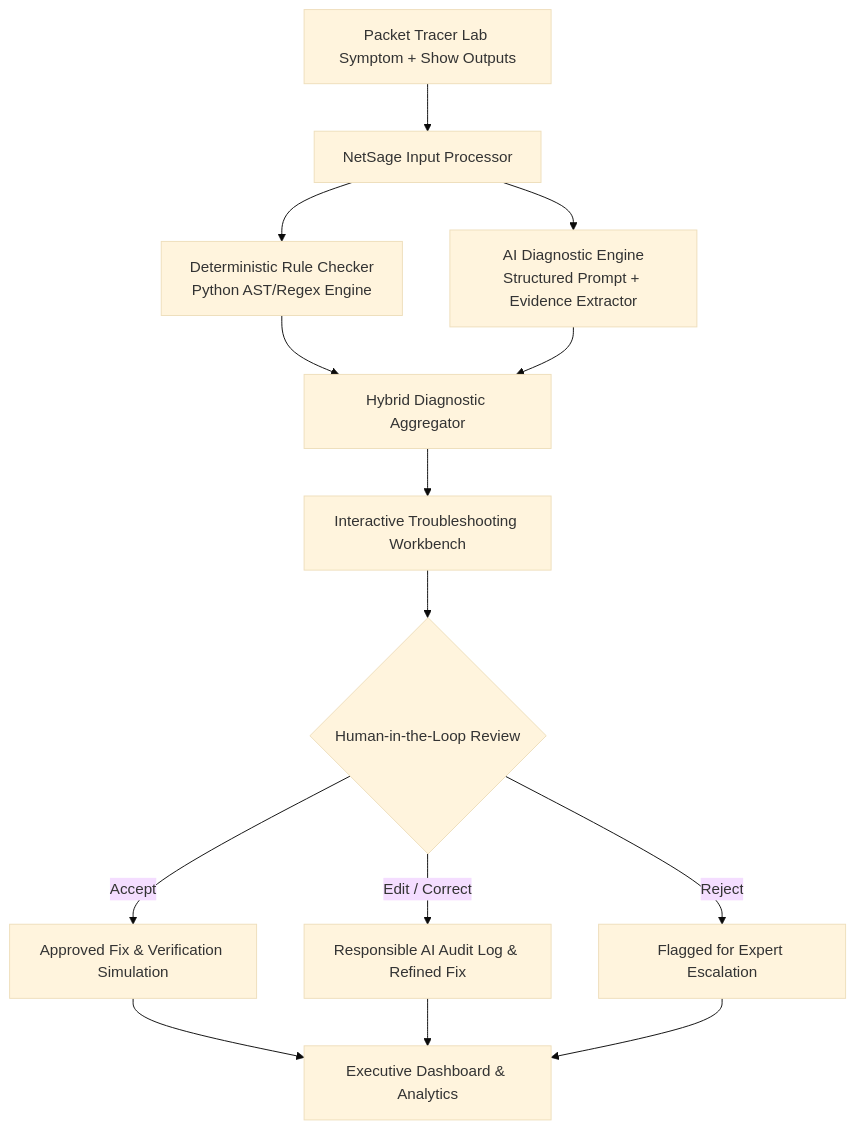
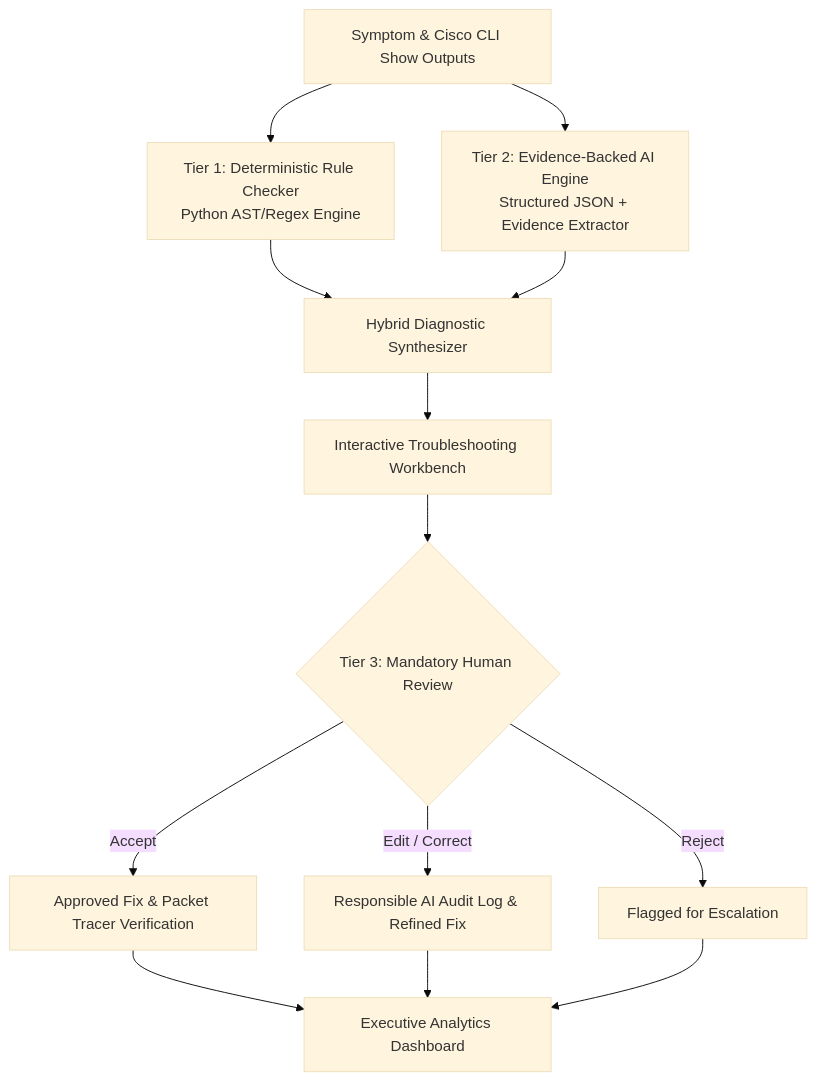
One commit to omrahatal14-sketch/NetSage-AI changed the diagram in README.md. Above: the diagram before and after it, drawn with Mermaid (base theme). The commit also changed other lines of this file, not shown here.

````diff
--- a/README.md
+++ b/README.md
@@ -53,16 +59,15 @@
 ```mermaid
 flowchart TD
-    A[Packet Tracer Lab Symptom + Show Outputs] --> B[NetSage Input Processor]
-    B --> C[Deterministic Rule Checker\nPython AST/Regex Engine]
-    B --> D[AI Diagnostic Engine\nStructured Prompt + Evidence Extractor]
-    C --> E[Hybrid Diagnostic Aggregator]
-    D --> E
-    E --> F[Interactive Troubleshooting Workbench]
-    F --> G{Human-in-the-Loop Review}
-    G -->|Accept| H[Approved Fix & Verification Simulation]
-    G -->|Edit / Correct| I[Responsible AI Audit Log & Refined Fix]
-    G -->|Reject| J[Flagged for Expert Escalation]
-    H --> K[Executive Dashboard & Analytics]
-    I --> K
-    J --> K
+    A[Symptom & Cisco CLI Show Outputs] --> B[Tier 1: Deterministic Rule Checker\nPython AST/Regex Engine]
+    A --> C[Tier 2: Evidence-Backed AI Engine\nStructured JSON + Evidence Extractor]
+    B --> D[Hybrid Diagnostic Synthesizer]
+    C --> D
+    D --> E[Interactive Troubleshooting Workbench]
+    E --> F{Tier 3: Mandatory Human Review}
+    F -->|Accept| G[Approved Fix & Packet Tracer Verification]
+    F -->|Edit / Correct| H[Responsible AI Audit Log & Refined Fix]
+    F -->|Reject| I[Flagged for Escalation]
+    G --> J[Executive Analytics Dashboard]
+    H --> J
+    I --> J
 ```
````
